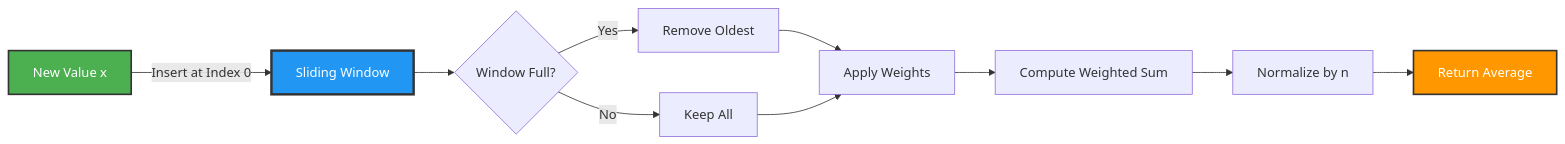
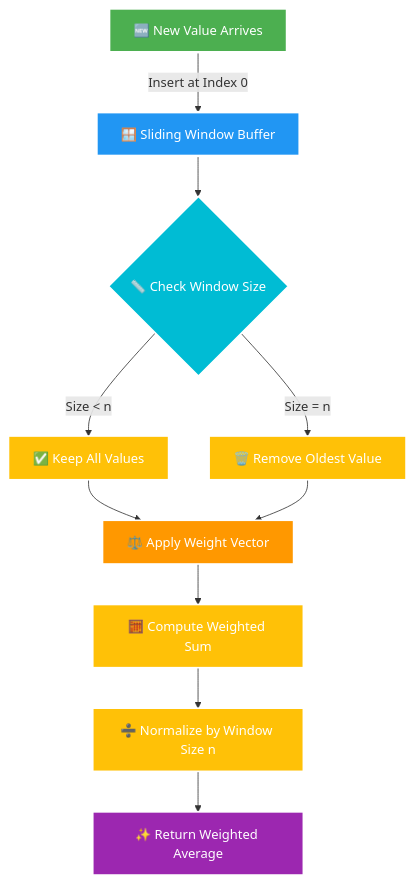
One commit to LuthandoCandlovu/sarao-technical-challenge changed the diagram in project-2/README.md. Above: the diagram before and after it, drawn with Mermaid. The commit also changed other lines of this file and 5 other files, not shown here.

````diff
--- a/project-2/README.md
+++ b/project-2/README.md
@@ -13,16 +76,23 @@
 ```mermaid
-graph LR
-    A[New Value x] -->|Insert at Index 0| B[Sliding Window]
-    B --> C{Window Full?}
-    C -->|Yes| D[Remove Oldest]
-    C -->|No| E[Keep All]
-    D --> F[Apply Weights]
+graph TB
+    A[🆕 New Value Arrives] -->|Insert at Index 0| B[🪟 Sliding Window Buffer]
+    B --> C{📏 Check Window Size}
+    C -->|Size < n| D[✅ Keep All Values]
+    C -->|Size = n| E[🗑️ Remove Oldest Value]
+    D --> F[⚖️ Apply Weight Vector]
     E --> F
-    F --> G[Compute Weighted Sum]
-    G --> H[Normalize by n]
-    H --> I[Return Average]
+    F --> G[🧮 Compute Weighted Sum]
+    G --> H[➗ Normalize by Window Size n]
+    H --> I[✨ Return Weighted Average]
 
-    style A fill:#4CAF50,stroke:#333,stroke-width:2px,color:#fff
-    style B fill:#2196F3,stroke:#333,stroke-width:3px,color:#fff
-    style I fill:#FF9800,stroke:#333,stroke-width:2px,color:#fff
+    style A fill:#4CAF50,stroke:#fff,stroke-width:3px,color:#fff
+    style B fill:#2196F3,stroke:#fff,stroke-width:3px,color:#fff
+    style F fill:#FF9800,stroke:#fff,stroke-width:2px,color:#fff
+    style I fill:#9C27B0,stroke:#fff,stroke-width:2px,color:#fff
+
+    classDef checkStyle fill:#00BCD4,stroke:#fff,stroke-width:2px,color:#fff
+    classDef processStyle fill:#FFC107,stroke:#fff,stroke-width:2px,color:#fff
+
+    class C checkStyle
+    class D,E,G,H processStyle
 ```
````
